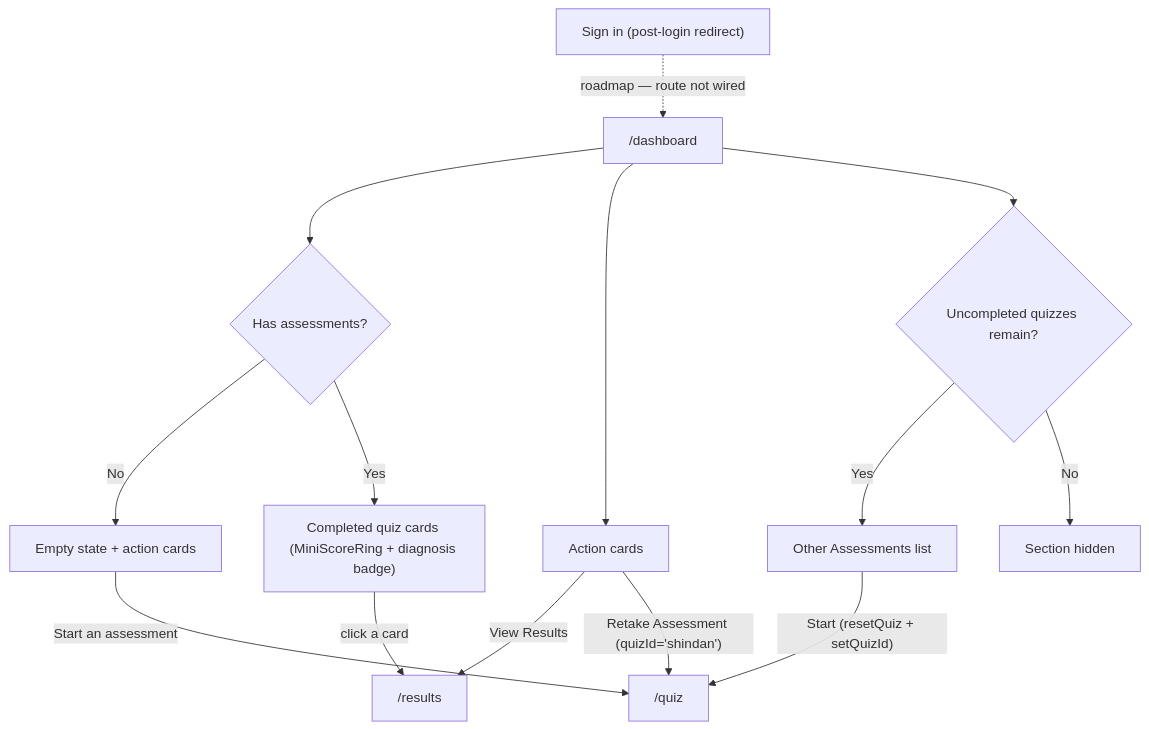
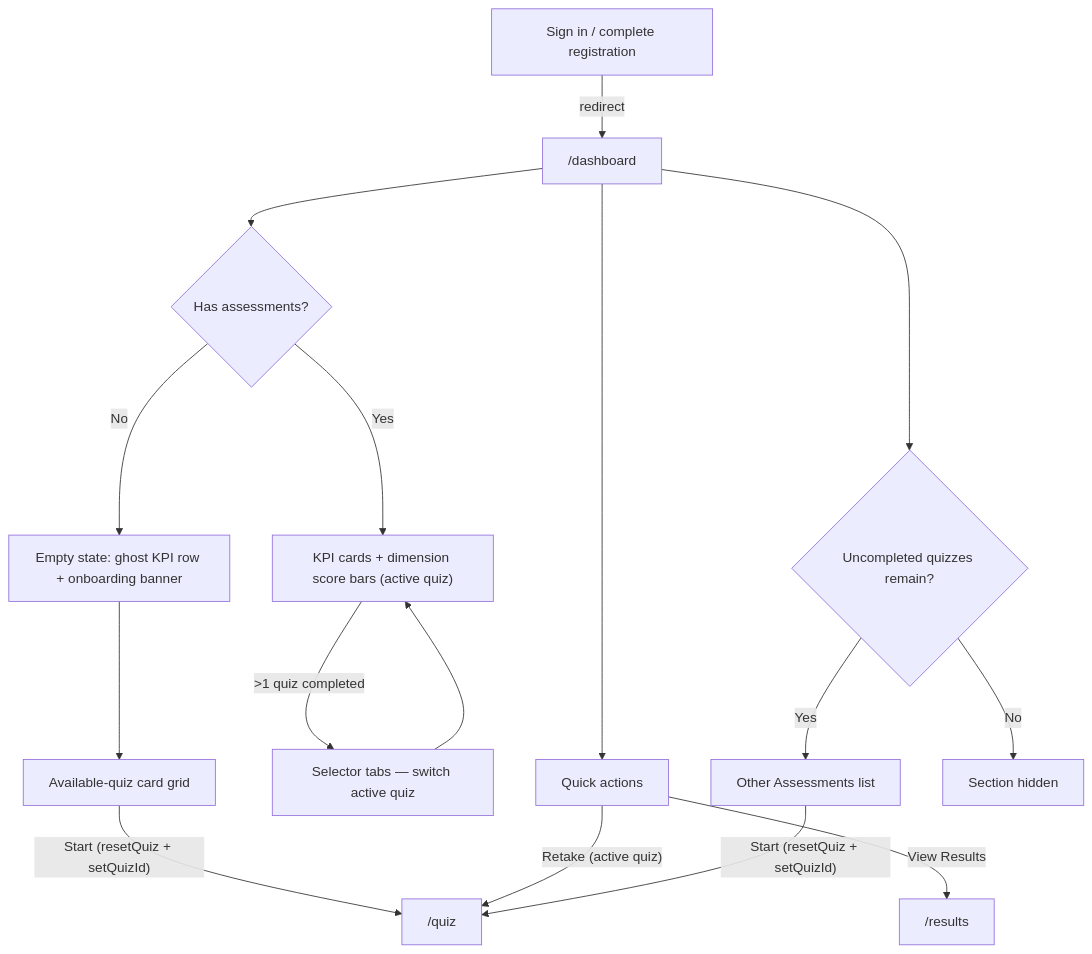
Before and after one commit to sathittham/factory-sync-solutions: the diagram in docs/product/dashboard/user-journeys.md, drawn with Mermaid. The commit also changed other lines of this file and 9 other files, not shown here.

First line of the commit message:
feat(web): rework web-app DashboardPage into KPI stat cards

````diff
--- a/docs/product/dashboard/user-journeys.md
+++ b/docs/product/dashboard/user-journeys.md
@@ -23,16 +22,18 @@
 ```mermaid
 flowchart TD
-    A["Sign in (post-login redirect)"] -.->|"roadmap — route not wired"| B["/dashboard"]
+    A["Sign in / complete registration"] -->|"redirect"| B["/dashboard"]
     B --> C{"Has assessments?"}
-    C -->|No| D["Empty state + action cards"]
-    D -->|"Start an assessment"| Q["/quiz"]
-    C -->|Yes| E["Completed quiz cards (MiniScoreRing + diagnosis badge)"]
-    E -->|"click a card"| R["/results"]
-    B --> F["Action cards"]
-    F -->|"View Results"| R
-    F -->|"Retake Assessment (quizId='shindan')"| Q
+    C -->|No| D["Empty state: ghost KPI row + onboarding banner"]
+    D --> DG["Available-quiz card grid"]
+    DG -->|"Start (resetQuiz + setQuizId)"| Q["/quiz"]
+    C -->|Yes| E["KPI cards + dimension score bars (active quiz)"]
+    E -->|">1 quiz completed"| T["Selector tabs — switch active quiz"]
+    T --> E
+    B --> F["Quick actions"]
+    F -->|"View Results"| R["/results"]
+    F -->|"Retake (active quiz)"| Q
     B --> G{"Uncompleted quizzes remain?"}
     G -->|Yes| H["Other Assessments list"]
     H -->|"Start (resetQuiz + setQuizId)"| Q
     G -->|No| I["Section hidden"]
 ```
````
